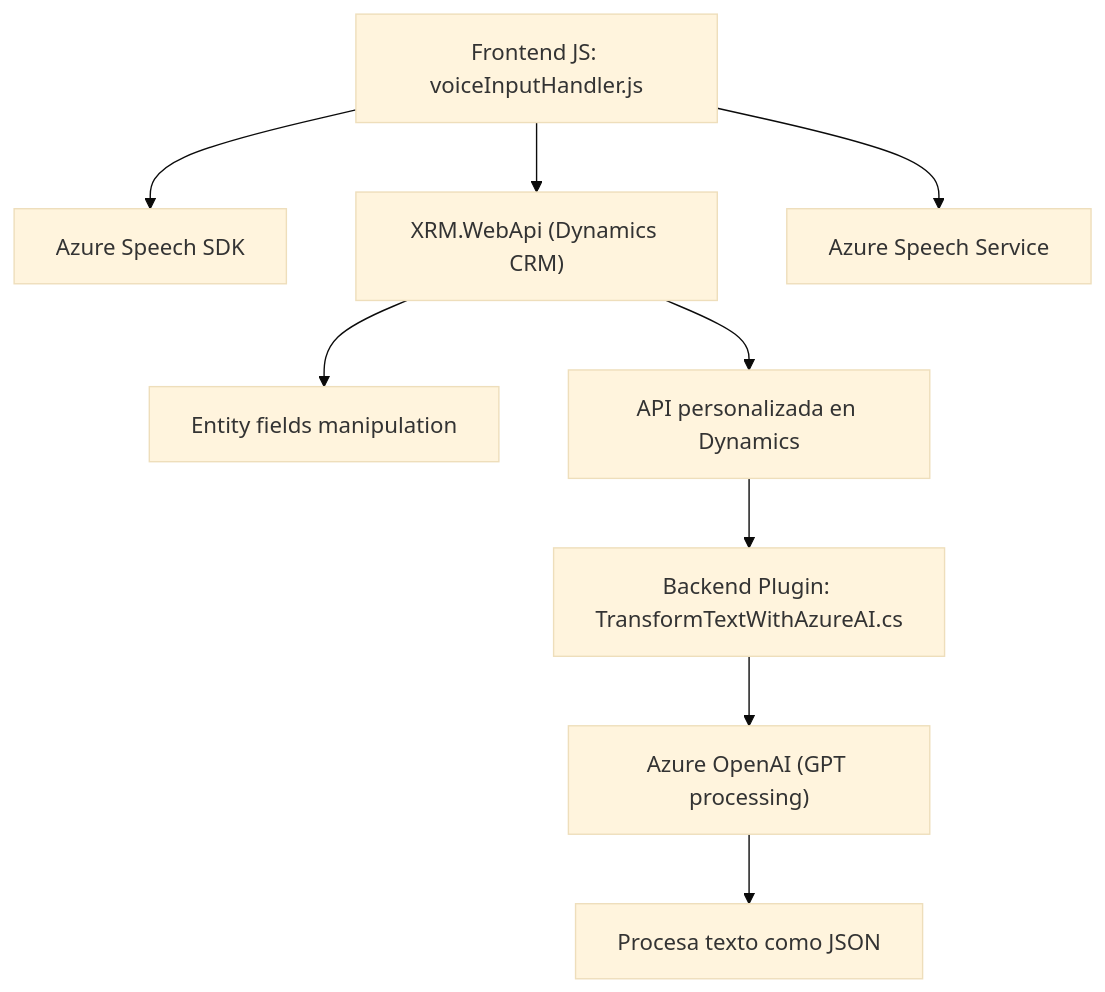
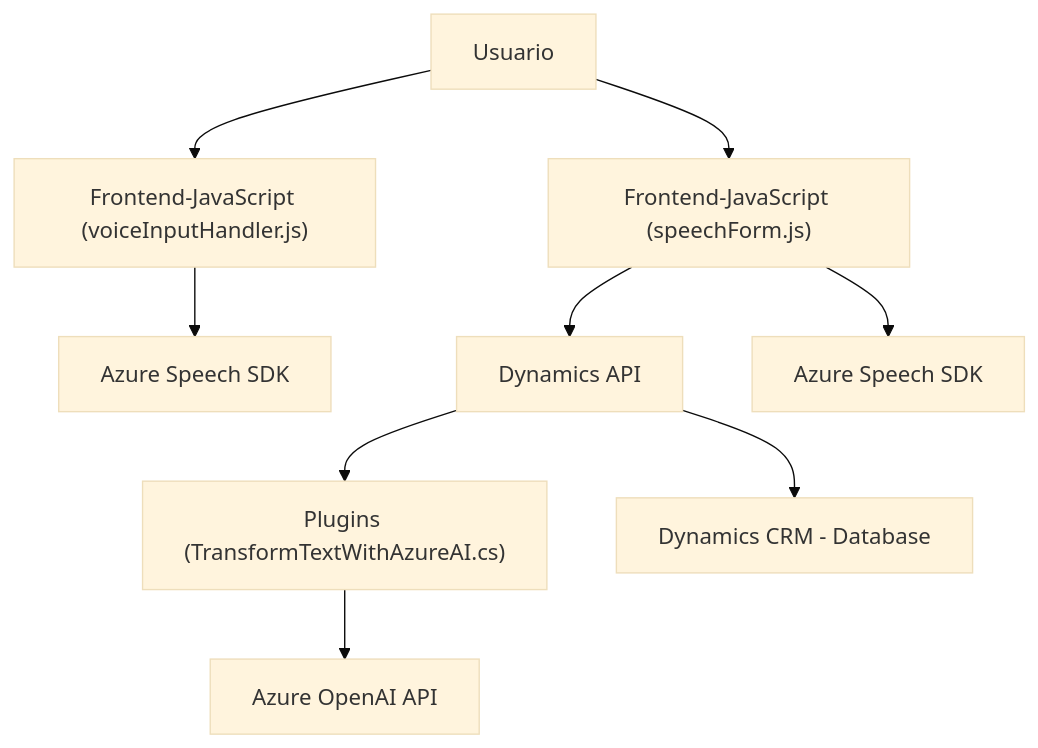
One commit to blopezdm/NETCORE_BILBAO2025 changed the diagram in README.md. Above: the diagram before and after it, drawn with Mermaid (base theme). The commit also changed other lines of this file, not shown here.

````diff
--- a/README.md
+++ b/README.md
@@ -41,11 +45,11 @@
 ```mermaid
 graph TD
-    A["Frontend JS: voiceInputHandler.js"] --> B["Azure Speech SDK"]
-    A --> C["XRM.WebApi (Dynamics CRM)"]
-    C --> D["Entity fields manipulation"]
-    A --> E["Azure Speech Service"]
-    C --> J["API personalizada en Dynamics"]
-    J --> F["Backend Plugin: TransformTextWithAzureAI.cs"]
-    F --> G["Azure OpenAI (GPT processing)"]
-    G --> H["Procesa texto como JSON"]
+    A["Usuario"] --> B["Frontend-JavaScript (voiceInputHandler.js)"]
+    A --> C["Frontend-JavaScript (speechForm.js)"]
+    B --> D["Azure Speech SDK"]
+    C --> F["Dynamics API"]
+    C --> E["Azure Speech SDK"]
+    F --> G["Plugins (TransformTextWithAzureAI.cs)"]
+    G --> H["Azure OpenAI API"]
+    F --> I["Dynamics CRM - Database"]
 ```
````
